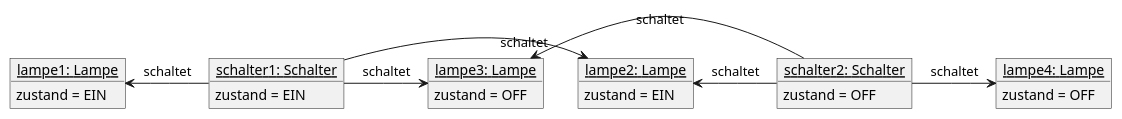
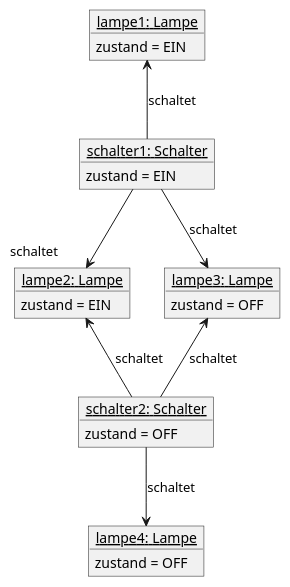
One commit to andrebauer/unterricht changed the diagram in docs/anwendungsentwicklung/objektorientierte-analyse-und-modellierung/lernjob-bluej.adoc. Above: the diagram before and after it, drawn with PlantUML. The commit also changed other lines of this file and 72 other files, not shown here.

```diff
--- a/docs/anwendungsentwicklung/objektorientierte-analyse-und-modellierung/lernjob-bluej.adoc
+++ b/docs/anwendungsentwicklung/objektorientierte-analyse-und-modellierung/lernjob-bluej.adoc
@@ -88,38 +88,38 @@
 [plantuml, {prefix}-objektdiagramm-1, svg]
 ....
 object "<u>schalter1: Schalter</u>" as schalter1 {
   zustand = EIN
 } 
 
 object "<u>lampe1: Lampe</u>" as lampe1 {
   zustand = EIN
 } 
 
 object "<u>lampe2: Lampe</u>" as lampe2 {
   zustand = EIN
 } 
 
 object "<u>lampe3: Lampe</u>" as lampe3 {
   zustand = OFF
 } 
 
 object "<u>schalter2: Schalter</u>" as schalter2 {
   zustand = OFF
 } 
 
 object "<u>lampe4: Lampe</u>" as lampe4 {
   zustand = OFF
 }
 
-lampe1 <- schalter1 : schaltet
+lampe1 <-down- schalter1 : schaltet
 
-schalter1 -> "schaltet       " lampe2
+schalter1 -down-> "schaltet       " lampe2
 
-schalter1 -> lampe3 : schaltet
+schalter1 -down-> lampe3 : schaltet
 
-lampe2 <- schalter2 : schaltet
+lampe2 <-down- schalter2 : schaltet
 
-lampe3 <- schalter2 : schaltet
+lampe3 <-down- schalter2 : schaltet
 
-schalter2 -> lampe4 : schaltet
+schalter2 -down-> lampe4 : schaltet
 ....
```
